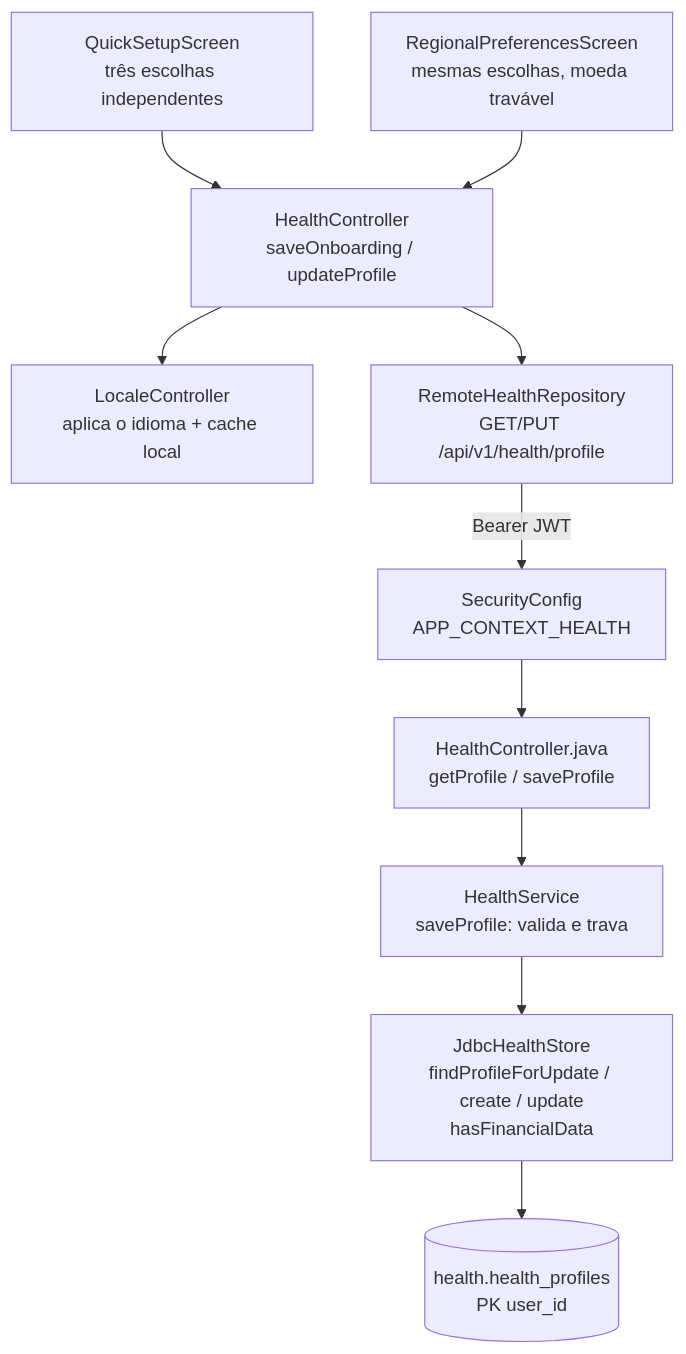
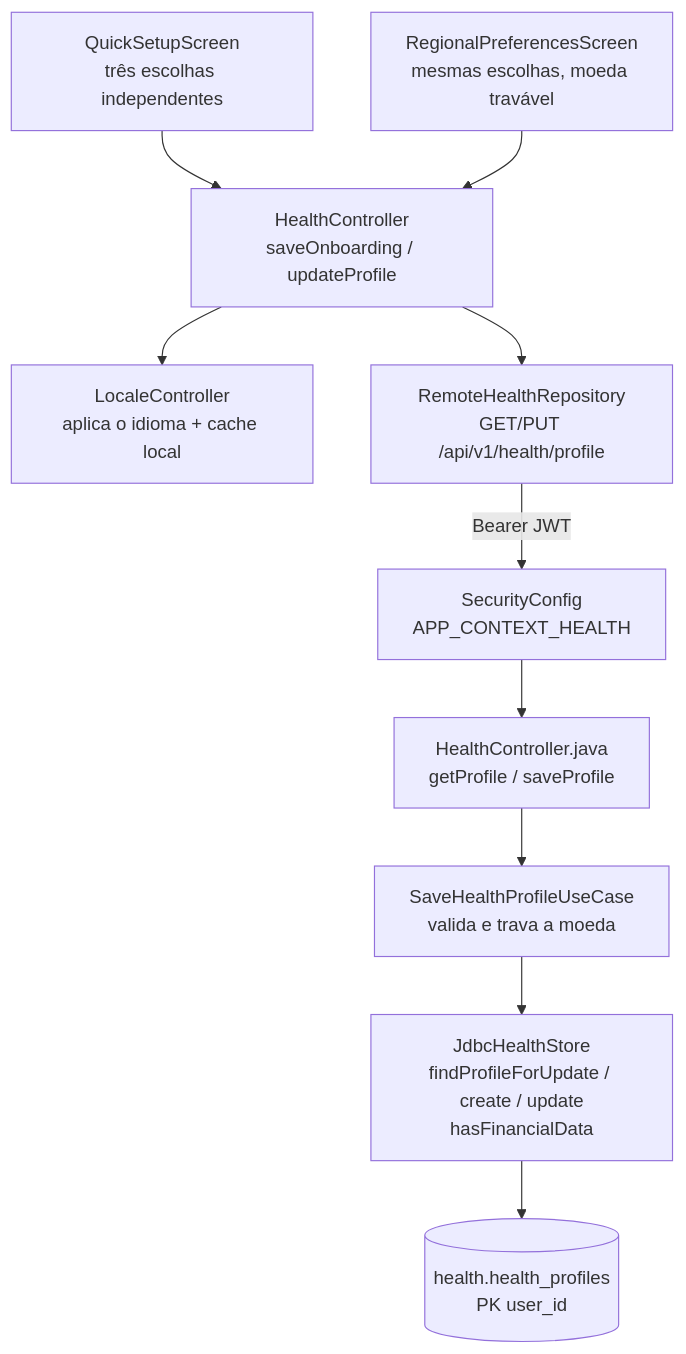
One commit to AfonsoFernando051/Petrimonium-Backend changed the diagram in docs/ARCHITECTURE/fatias/26-health-perfil-moeda.md. Above: the diagram before and after it, drawn with Mermaid. The commit also changed other lines of this file and 1 other file, not shown here.

First line of the commit message:
docs: point the Atlas at the classes that exist after the Health split

````diff
--- a/docs/ARCHITECTURE/fatias/26-health-perfil-moeda.md
+++ b/docs/ARCHITECTURE/fatias/26-health-perfil-moeda.md
@@ -58,24 +58,24 @@
 ```mermaid
 graph TB
     QS["QuickSetupScreen<br/>três escolhas independentes"]
     RP["RegionalPreferencesScreen<br/>mesmas escolhas, moeda travável"]
     HC["HealthController<br/>saveOnboarding / updateProfile"]
     LC["LocaleController<br/>aplica o idioma + cache local"]
     RHR["RemoteHealthRepository<br/>GET/PUT /api/v1/health/profile"]
 
     SEC["SecurityConfig<br/>APP_CONTEXT_HEALTH"]
     HCTL["HealthController.java<br/>getProfile / saveProfile"]
-    HS["HealthService<br/>saveProfile: valida e trava"]
+    HS["SaveHealthProfileUseCase<br/>valida e trava a moeda"]
     ST["JdbcHealthStore<br/>findProfileForUpdate / create / update<br/>hasFinancialData"]
     DB[("health.health_profiles<br/>PK user_id")]
 
     QS --> HC
     RP --> HC
     HC --> LC
     HC --> RHR
     RHR -->|Bearer JWT| SEC
     SEC --> HCTL
     HCTL --> HS
     HS --> ST
     ST --> DB
 ```
````
